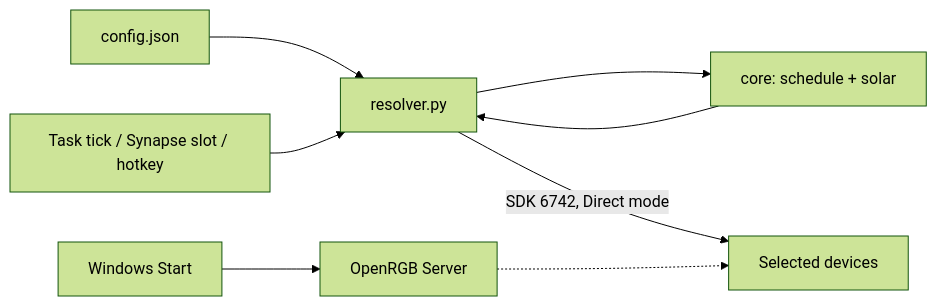
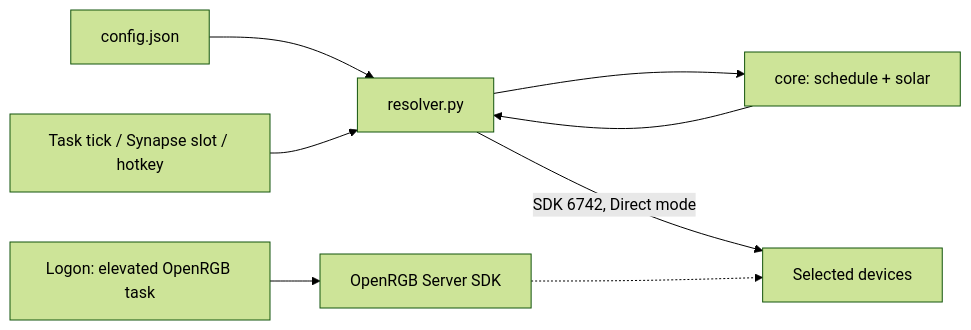
One commit to UVuruna/Ultra-Vivid changed the diagram in CLAUDE.md. Above: the diagram before and after it, drawn with Mermaid (forest theme). The commit also changed other lines of this file and 3 other files, not shown here.

First line of the commit message:
0.1.290 fix(tasks): elevated OpenRGB --server task + remove conflicting service (RAM at boot)

````diff
--- a/CLAUDE.md
+++ b/CLAUDE.md
@@ -32,10 +34,10 @@
 ```mermaid
 flowchart LR
     A[config.json] --> R[resolver.py]
     T[Task tick / Synapse slot / hotkey] --> R
     R --> S[core: schedule + solar]
     S --> R
     R -->|SDK 6742, Direct mode| D[Selected devices]
-    W[Windows Start] --> O[OpenRGB Server]
+    W[Logon: elevated OpenRGB task] --> O[OpenRGB Server SDK]
     O -.-> D
 ```
````
